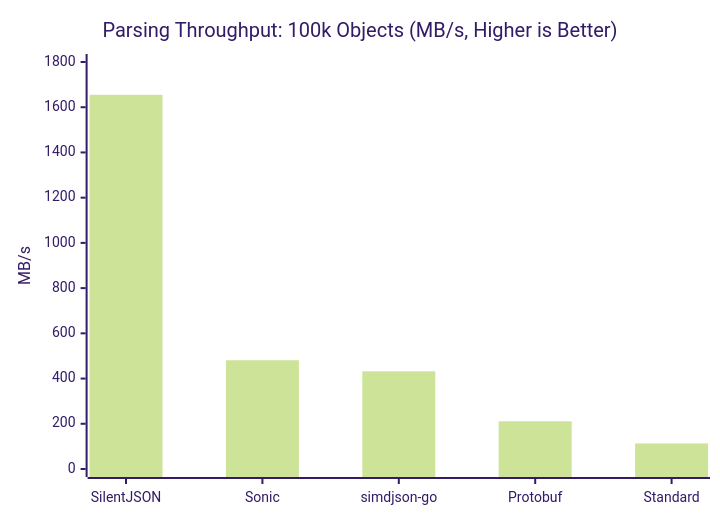
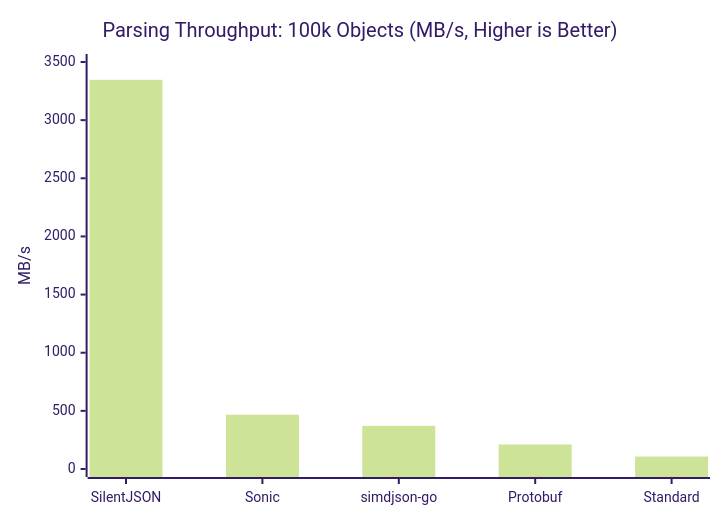
The first of 4 diagrams in README.md (GenshIv/silentjson), drawn with Mermaid (forest theme) before and after one commit. The commit also changed other lines of this file and 1 other file, not shown here.

````diff
--- a/README.md
+++ b/README.md
@@ -55,7 +55,7 @@
 ```mermaid
 xychart-beta
     title "Parsing Throughput: 100k Objects (MB/s, Higher is Better)"
     x-axis ["SilentJSON", "Sonic", "simdjson-go", "Protobuf", "Standard"]
-    y-axis "MB/s" 0 --> 1800
-    bar [1655, 481, 432, 211, 113]
+    y-axis "MB/s" 0 --> 3500
+    bar [3347, 467, 371, 211, 107]
 ```
````
